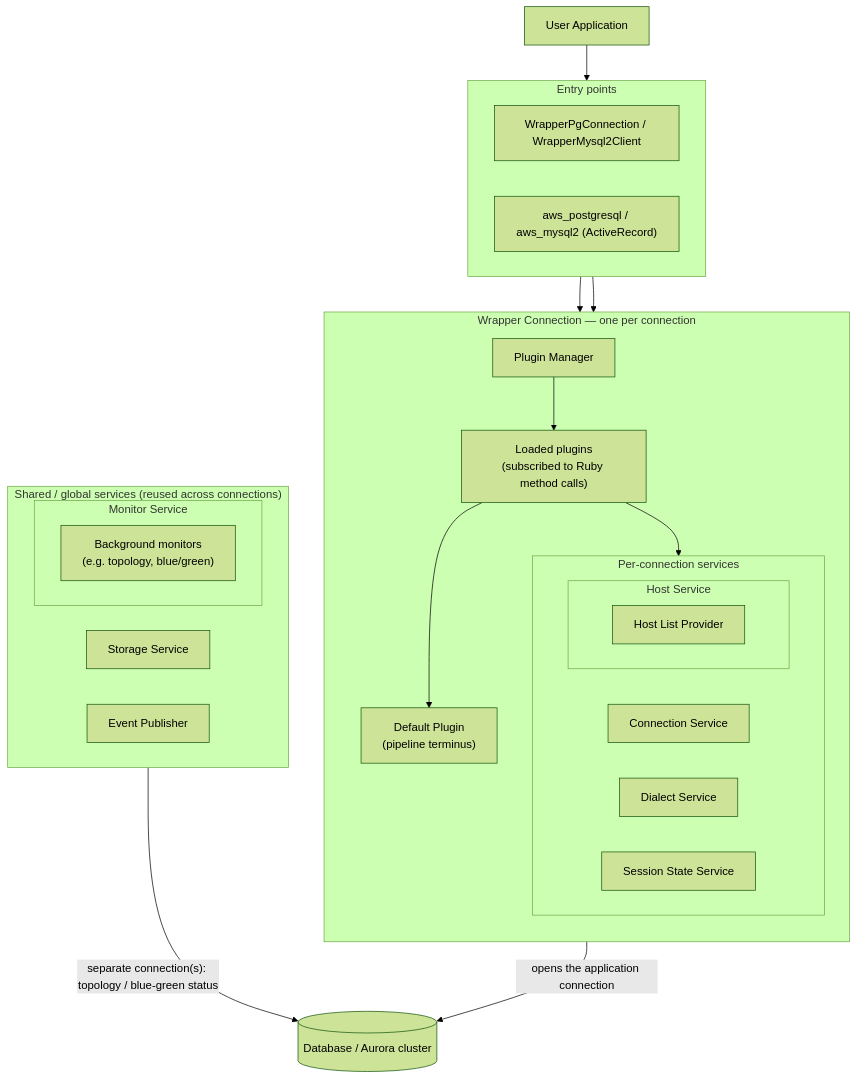
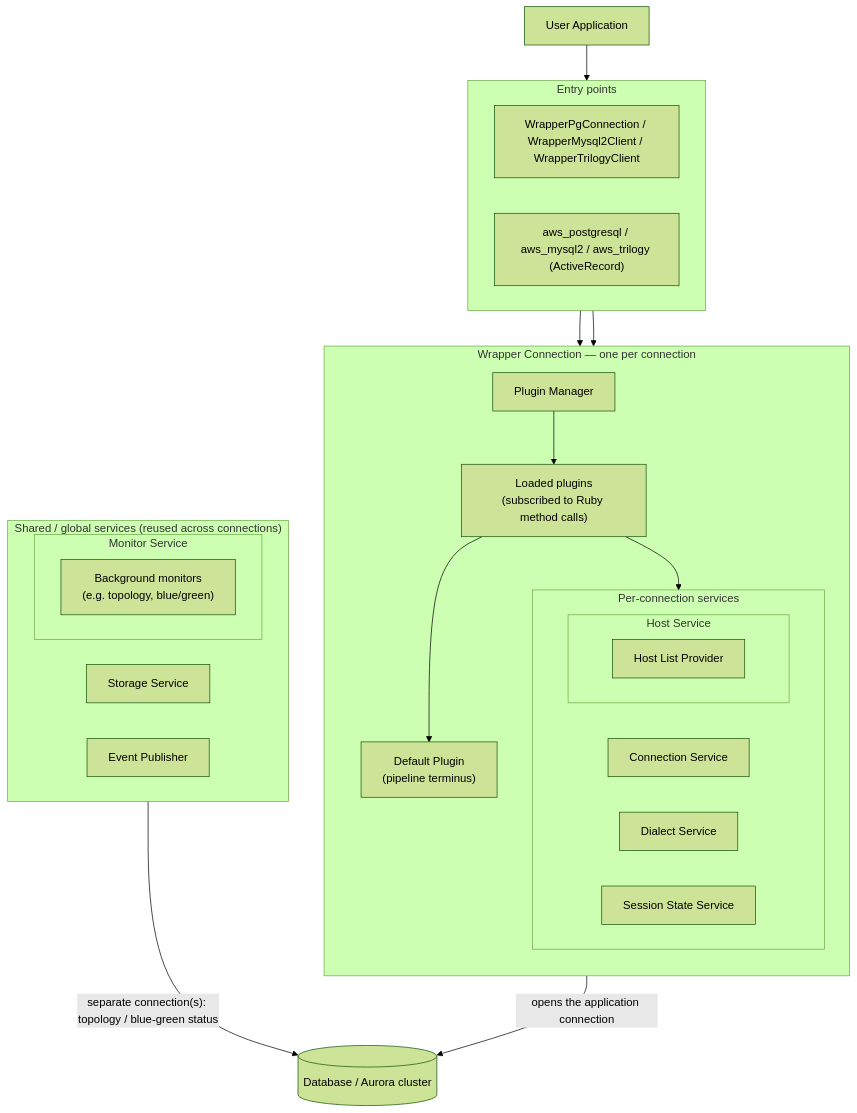
The diagram in site/docs-ruby/development-guide/architecture.md (aws/aws-advanced-wrapper-docs), drawn with Mermaid (forest theme) before and after one commit. The commit also changed other lines of this file and 46 other files, not shown here.

````diff
--- a/site/docs-ruby/development-guide/architecture.md
+++ b/site/docs-ruby/development-guide/architecture.md
@@ -9,50 +9,50 @@
 ```mermaid
 flowchart TB
   app["User Application"]
 
   subgraph entry["Entry points"]
     direction LR
-    ep1["WrapperPgConnection / WrapperMysql2Client"]
-    ep2["aws_postgresql / aws_mysql2 (ActiveRecord)"]
+    ep1["WrapperPgConnection / WrapperMysql2Client / WrapperTrilogyClient"]
+    ep2["aws_postgresql / aws_mysql2 / aws_trilogy (ActiveRecord)"]
   end
 
   subgraph conn["Wrapper Connection — one per connection"]
     direction TB
     pm["Plugin Manager"]
     plugins["Loaded plugins<br/>(subscribed to Ruby method calls)"]
     terminus["Default Plugin<br/>(pipeline terminus)"]
     subgraph perconn["Per-connection services"]
       direction LR
       pc1["Connection Service"]
       subgraph pc2["Host Service"]
         hlp["Host List Provider"]
       end
       pc3["Dialect Service"]
       pc4["Session State Service"]
     end
   end
 
   subgraph shared["Shared / global services (reused across connections)"]
     direction LR
       g5["Storage Service"]
       subgraph g6["Monitor Service"]
         mon["Background monitors<br/>(e.g. topology, blue/green)"]
       end
       g7["Event Publisher"]
   end
 
   db[("Database / Aurora cluster")]
 
   app --> entry
   ep1 --> pm
   ep2 --> pm
   pm --> plugins
   plugins --> perconn
 
   %% Two kinds of code open a connection to the database:
   %% (1) the terminus plugin opens the connection your application uses,
   plugins --> terminus
   terminus -->|"opens the application connection"| db
   %% (2) background monitors each use their OWN separate connection.
   mon -->|"separate connection(s): topology / blue-green status"| db
 ```
````
